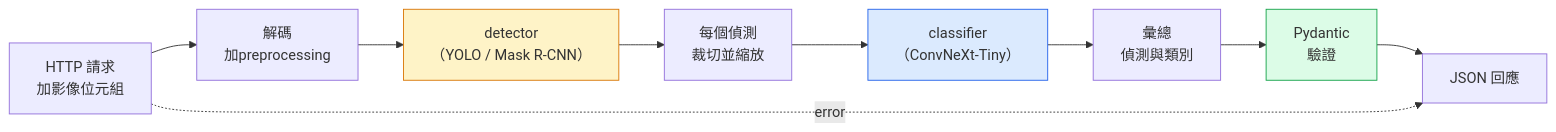
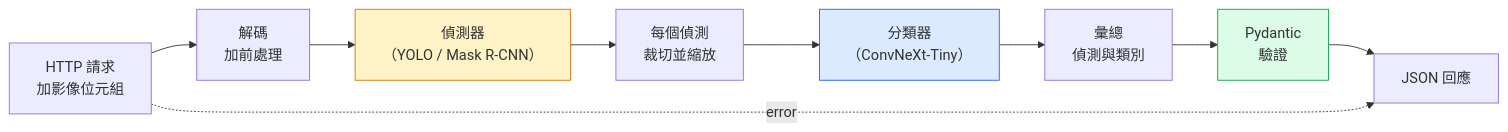
One commit to edward821220/ai-engineering-from-scratch changed the diagram in i18n/zh-TW/phases/04-computer-vision/16-vision-pipeline-capstone/docs/zh-TW.md. Above: the diagram before and after it, drawn with Mermaid. The commit also changed other lines of this file, not shown here.

````diff
--- a/i18n/zh-TW/phases/04-computer-vision/16-vision-pipeline-capstone/docs/zh-TW.md
+++ b/i18n/zh-TW/phases/04-computer-vision/16-vision-pipeline-capstone/docs/zh-TW.md
@@ -29,16 +29,16 @@
 ```mermaid
 flowchart LR
-    REQ["HTTP 請求<br/>加影像位元組"] --> LOAD["解碼<br/>加preprocessing"]
-    LOAD --> DET["detector<br/>（YOLO / Mask R-CNN）"]
+    REQ["HTTP 請求<br/>加影像位元組"] --> LOAD["解碼<br/>加前處理"]
+    LOAD --> DET["偵測器<br/>（YOLO / Mask R-CNN）"]
     DET --> CROP["每個偵測<br/>裁切並縮放"]
-    CROP --> CLS["classifier<br/>（ConvNeXt-Tiny）"]
+    CROP --> CLS["分類器<br/>（ConvNeXt-Tiny）"]
     CLS --> AGG["彙總<br/>偵測與類別"]
     AGG --> SCHEMA["Pydantic<br/>驗證"]
     SCHEMA --> RESP["JSON 回應"]
 
     REQ -.->|error| RESP
 
     style DET fill:#fef3c7,stroke:#d97706
     style CLS fill:#dbeafe,stroke:#2563eb
     style SCHEMA fill:#dcfce7,stroke:#16a34a
 ```
````
